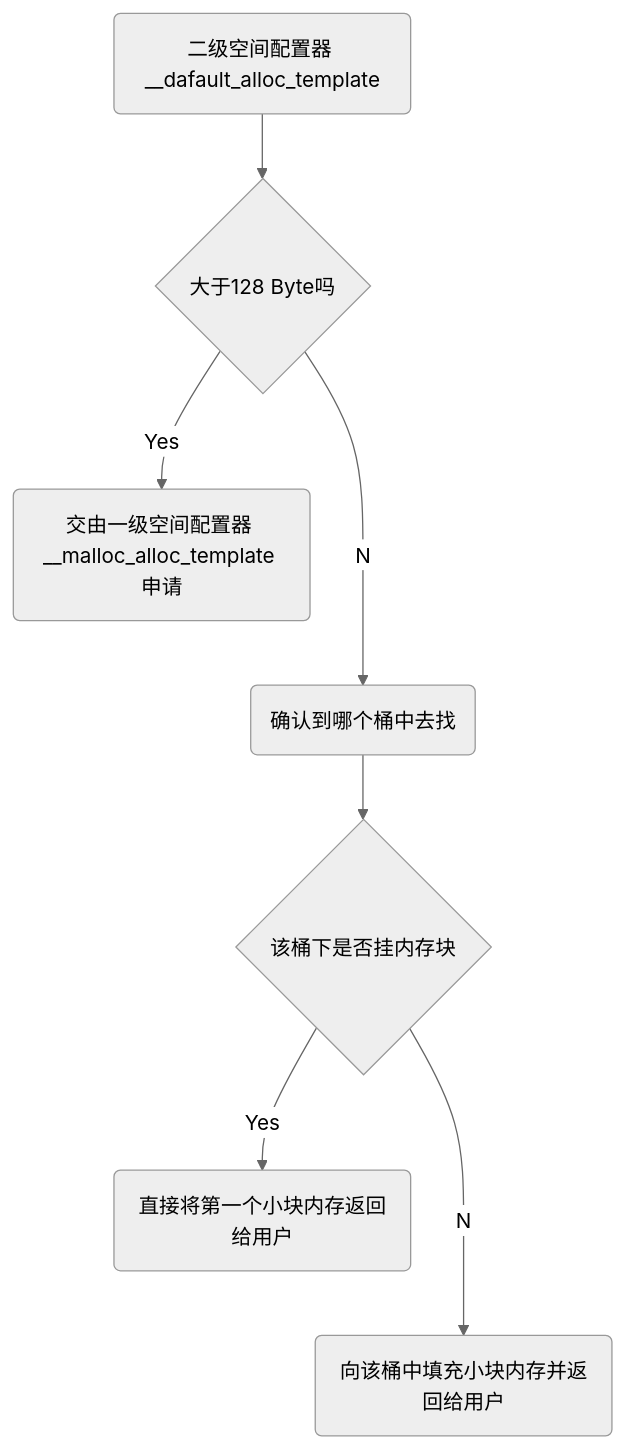
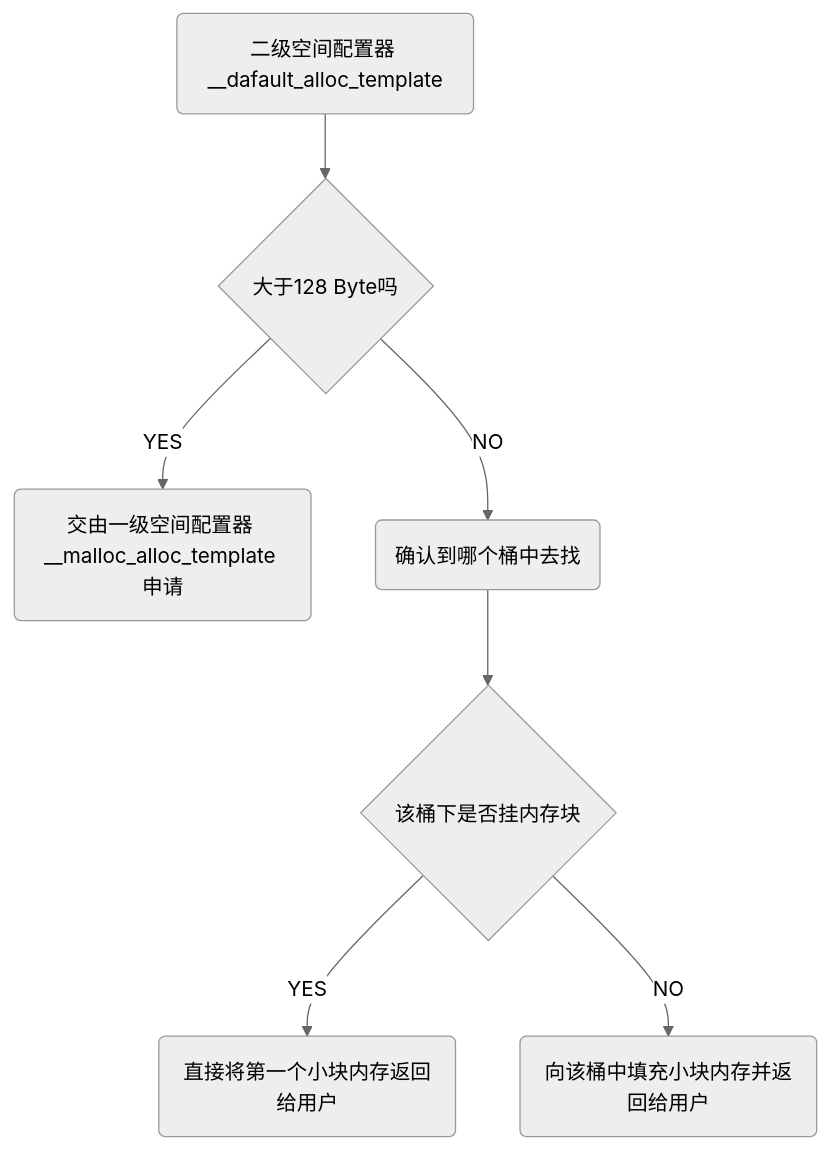
The first of 2 diagrams in CS/Coding/Cpp/Cpp联邦/STL/STL.md (superwjfeng/MarkdownWriting), drawn with Mermaid (neutral theme) before and after one commit. The commit also changed other lines of this file and 18 other files, not shown here.

````diff
--- a/CS/Coding/Cpp/Cpp联邦/STL/STL.md
+++ b/CS/Coding/Cpp/Cpp联邦/STL/STL.md
@@ -984,9 +1136,9 @@
 ```mermaid
 flowchart TB
 id1(二级空间配置器 __dafault_alloc_template)-->choose1{大于128 Byte吗}
-choose1--Yes-->id2(交由一级空间配置器 __malloc_alloc_template 申请)
-choose1--No-->id3(确认到哪个桶中去找)
+choose1--YES-->id2(交由一级空间配置器 __malloc_alloc_template 申请)
+choose1--NO-->id3(确认到哪个桶中去找)
 id3-->choose2{该桶下是否挂内存块}
-choose2--Yes-->id4(直接将第一个小块内存返回给用户)
-choose2--No-->id5(向该桶中填充小块内存并返回给用户)
+choose2--YES-->id4(直接将第一个小块内存返回给用户)
+choose2--NO-->id5(向该桶中填充小块内存并返回给用户)
 ```
````
